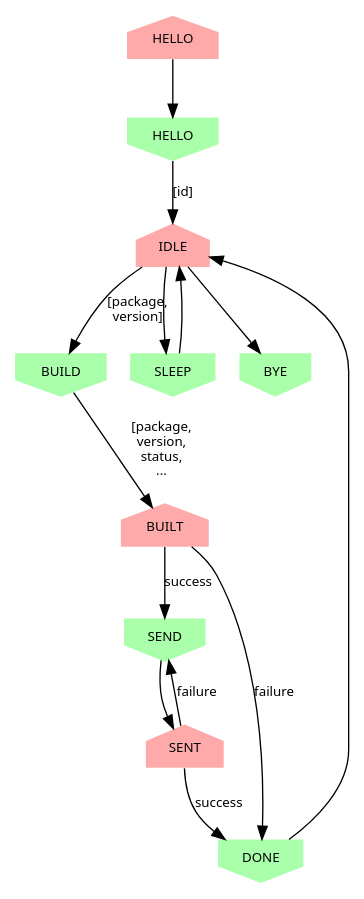
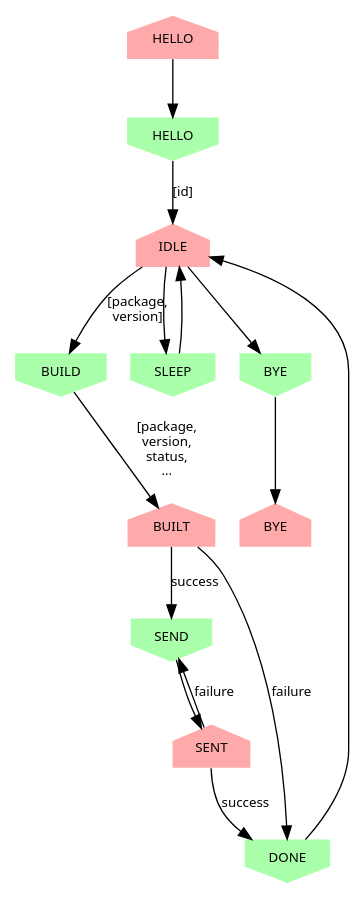
The diagram in docs/slave_protocol.dot (piwheels/piwheels), drawn with Graphviz before and after one commit. The commit also changed 1 other file, not shown here.

Commit message:
Final fixes to the protocol diagrams

```diff
--- a/docs/slave_protocol.dot
+++ b/docs/slave_protocol.dot
@@ -1,33 +1,35 @@
 digraph slave {
     /* Sent messages */
     node [shape=house, fontname=Sans, fontsize=10, style=filled, fillcolor="#ffaaaa", penwidth=0];
     HELLO1 [label="HELLO"];
     IDLE;
     BUILT;
     SENT;
+    BYE2 [label="BYE"];
 
     /* Received messages */
     node [shape=invhouse, fontname=Sans, fontsize=10, style=filled, fillcolor="#aaffaa", penwidth=0];
     HELLO2 [label="HELLO"];
     BUILD;
     SEND;
     DONE;
     SLEEP;
-    BYE;
+    BYE1 [label="BYE"];
 
     /* Edges */
     edge [fontname=Sans, fontsize=10];
     HELLO1->HELLO2;
     HELLO2->IDLE [label="[id]"];
     IDLE->BUILD [label="[package,\nversion]"];
     IDLE->SLEEP;
-    IDLE->BYE;
+    IDLE->BYE1;
     SLEEP->IDLE;
     BUILD->BUILT [label="[package,\nversion,\nstatus,\n..."];
     BUILT->DONE [label="failure"];
     BUILT->SEND [label="success"];
     SEND->SENT;
     SENT->DONE [label="success"];
     SENT->SEND [label="failure"];
     DONE->IDLE;
+    BYE1->BYE2;
 }
```
